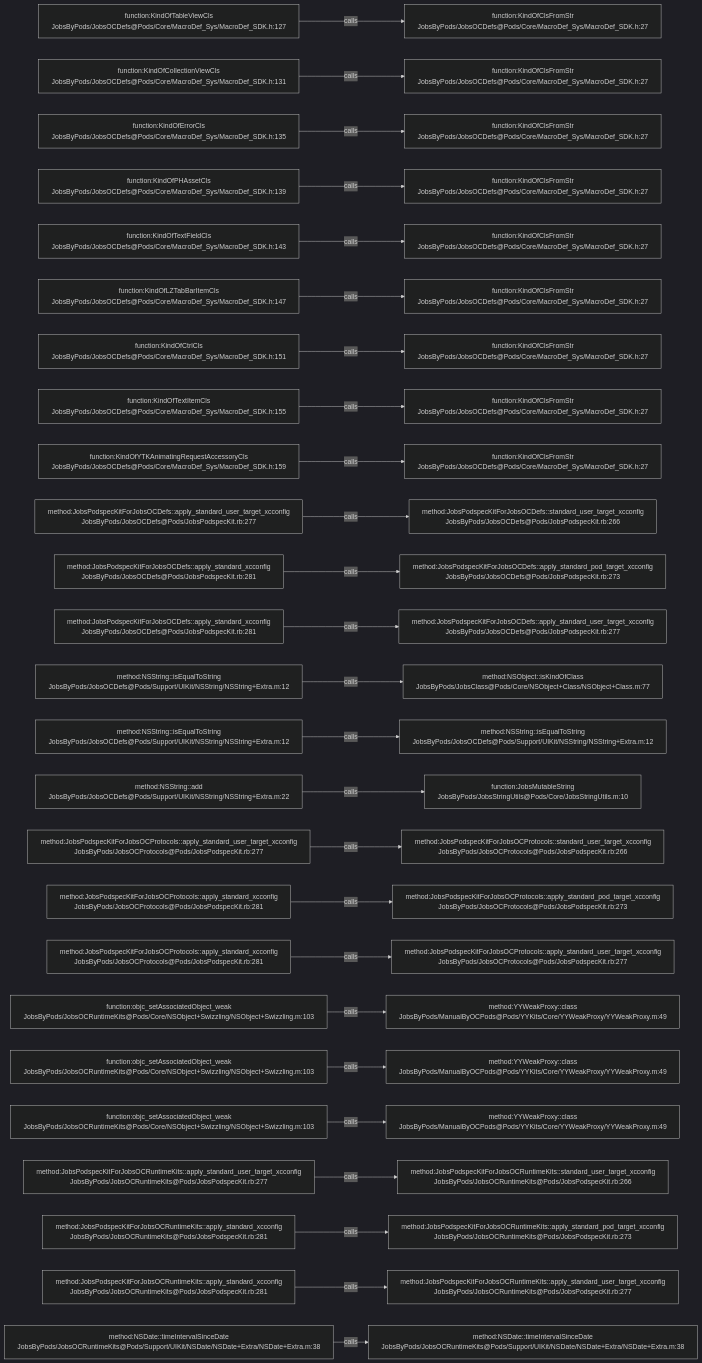
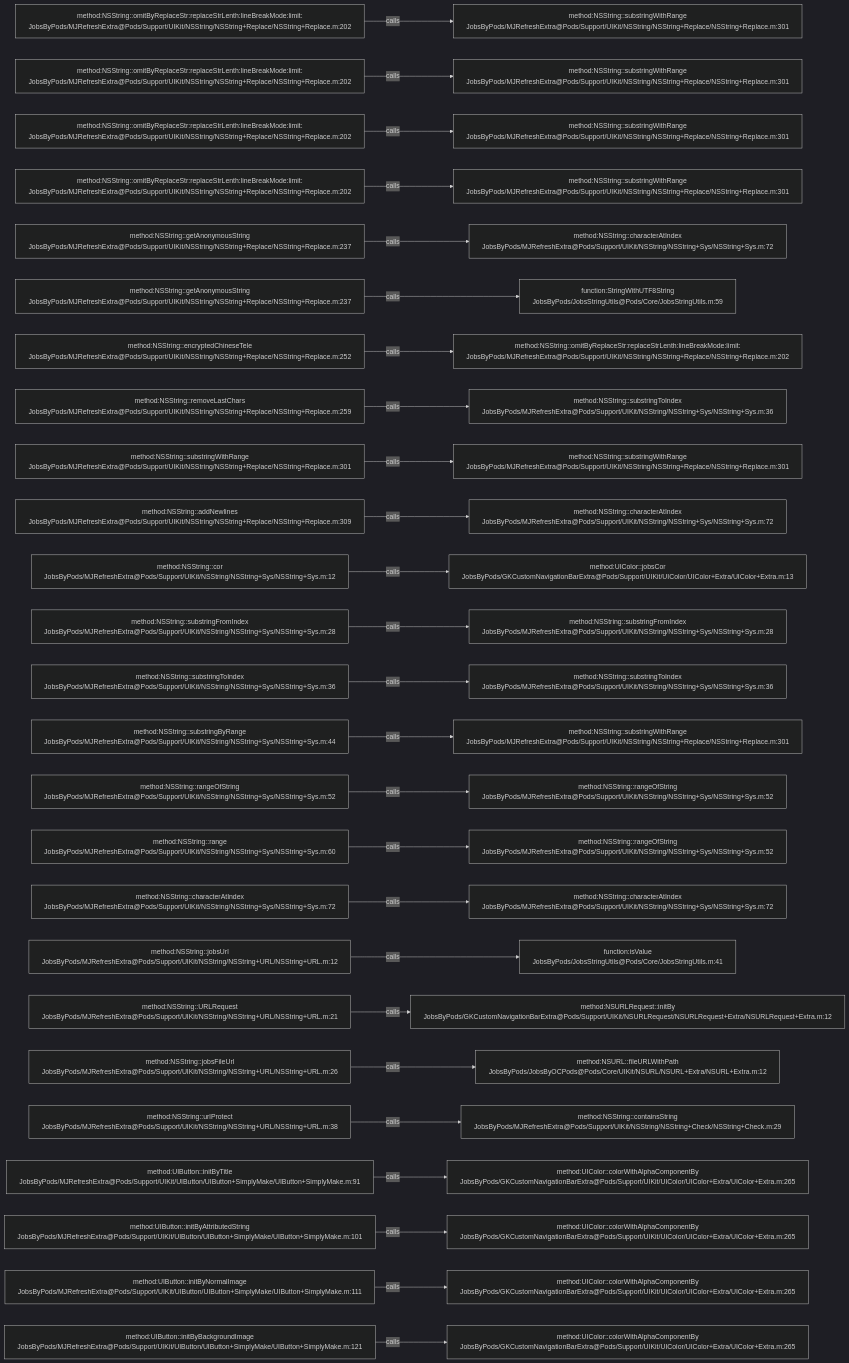
One commit to JobsKits/JobsOCBaseConfigDemo changed the diagram in .codegraph/codegraph.md/graphs/calls-179.md. Above: the diagram before and after it, drawn with Mermaid (dark theme). The commit also changed 1026 other files, not shown here.

````diff
--- a/.codegraph/codegraph.md/graphs/calls-179.md
+++ b/.codegraph/codegraph.md/graphs/calls-179.md
@@ -13,78 +13,78 @@
 ```mermaid
 flowchart LR
-  S1["function:KindOfTableViewCls<br/>JobsByPods/JobsOCDefs@Pods/Core/MacroDef_Sys/MacroDef_SDK.h:127"]
-  T1["function:KindOfClsFromStr<br/>JobsByPods/JobsOCDefs@Pods/Core/MacroDef_Sys/MacroDef_SDK.h:27"]
+  S1["method:NSString::omitByReplaceStr:replaceStrLenth:lineBreakMode:limit:<br/>JobsByPods/MJRefreshExtra@Pods/Support/UIKit/NSString/NSString+Replace/NSString+Replace.m:202"]
+  T1["method:NSString::substringWithRange<br/>JobsByPods/MJRefreshExtra@Pods/Support/UIKit/NSString/NSString+Replace/NSString+Replace.m:301"]
   S1 -->|calls| T1
-  S2["function:KindOfCollectionViewCls<br/>JobsByPods/JobsOCDefs@Pods/Core/MacroDef_Sys/MacroDef_SDK.h:131"]
-  T2["function:KindOfClsFromStr<br/>JobsByPods/JobsOCDefs@Pods/Core/MacroDef_Sys/MacroDef_SDK.h:27"]
+  S2["method:NSString::omitByReplaceStr:replaceStrLenth:lineBreakMode:limit:<br/>JobsByPods/MJRefreshExtra@Pods/Support/UIKit/NSString/NSString+Replace/NSString+Replace.m:202"]
+  T2["method:NSString::substringWithRange<br/>JobsByPods/MJRefreshExtra@Pods/Support/UIKit/NSString/NSString+Replace/NSString+Replace.m:301"]
   S2 -->|calls| T2
-  S3["function:KindOfErrorCls<br/>JobsByPods/JobsOCDefs@Pods/Core/MacroDef_Sys/MacroDef_SDK.h:135"]
-  T3["function:KindOfClsFromStr<br/>JobsByPods/JobsOCDefs@Pods/Core/MacroDef_Sys/MacroDef_SDK.h:27"]
+  S3["method:NSString::omitByReplaceStr:replaceStrLenth:lineBreakMode:limit:<br/>JobsByPods/MJRefreshExtra@Pods/Support/UIKit/NSString/NSString+Replace/NSString+Replace.m:202"]
+  T3["method:NSString::substringWithRange<br/>JobsByPods/MJRefreshExtra@Pods/Support/UIKit/NSString/NSString+Replace/NSString+Replace.m:301"]
   S3 -->|calls| T3
-  S4["function:KindOfPHAssetCls<br/>JobsByPods/JobsOCDefs@Pods/Core/MacroDef_Sys/MacroDef_SDK.h:139"]
-  T4["function:KindOfClsFromStr<br/>JobsByPods/JobsOCDefs@Pods/Core/MacroDef_Sys/MacroDef_SDK.h:27"]
+  S4["method:NSString::omitByReplaceStr:replaceStrLenth:lineBreakMode:limit:<br/>JobsByPods/MJRefreshExtra@Pods/Support/UIKit/NSString/NSString+Replace/NSString+Replace.m:202"]
+  T4["method:NSString::substringWithRange<br/>JobsByPods/MJRefreshExtra@Pods/Support/UIKit/NSString/NSString+Replace/NSString+Replace.m:301"]
   S4 -->|calls| T4
-  S5["function:KindOfTextFieldCls<br/>JobsByPods/JobsOCDefs@Pods/Core/MacroDef_Sys/MacroDef_SDK.h:143"]
-  T5["function:KindOfClsFromStr<br/>JobsByPods/JobsOCDefs@Pods/Core/MacroDef_Sys/MacroDef_SDK.h:27"]
+  S5["method:NSString::getAnonymousString<br/>JobsByPods/MJRefreshExtra@Pods/Support/UIKit/NSString/NSString+Replace/NSString+Replace.m:237"]
+  T5["method:NSString::characterAtIndex<br/>JobsByPods/MJRefreshExtra@Pods/Support/UIKit/NSString/NSString+Sys/NSString+Sys.m:72"]
   S5 -->|calls| T5
-  S6["function:KindOfLZTabBarItemCls<br/>JobsByPods/JobsOCDefs@Pods/Core/MacroDef_Sys/MacroDef_SDK.h:147"]
-  T6["function:KindOfClsFromStr<br/>JobsByPods/JobsOCDefs@Pods/Core/MacroDef_Sys/MacroDef_SDK.h:27"]
+  S6["method:NSString::getAnonymousString<br/>JobsByPods/MJRefreshExtra@Pods/Support/UIKit/NSString/NSString+Replace/NSString+Replace.m:237"]
+  T6["function:StringWithUTF8String<br/>JobsByPods/JobsStringUtils@Pods/Core/JobsStringUtils.m:59"]
   S6 -->|calls| T6
-  S7["function:KindOfCtrlCls<br/>JobsByPods/JobsOCDefs@Pods/Core/MacroDef_Sys/MacroDef_SDK.h:151"]
-  T7["function:KindOfClsFromStr<br/>JobsByPods/JobsOCDefs@Pods/Core/MacroDef_Sys/MacroDef_SDK.h:27"]
+  S7["method:NSString::encryptedChineseTele<br/>JobsByPods/MJRefreshExtra@Pods/Support/UIKit/NSString/NSString+Replace/NSString+Replace.m:252"]
+  T7["method:NSString::omitByReplaceStr:replaceStrLenth:lineBreakMode:limit:<br/>JobsByPods/MJRefreshExtra@Pods/Support/UIKit/NSString/NSString+Replace/NSString+Replace.m:202"]
   S7 -->|calls| T7
-  S8["function:KindOfTextItemCls<br/>JobsByPods/JobsOCDefs@Pods/Core/MacroDef_Sys/MacroDef_SDK.h:155"]
-  T8["function:KindOfClsFromStr<br/>JobsByPods/JobsOCDefs@Pods/Core/MacroDef_Sys/MacroDef_SDK.h:27"]
+  S8["method:NSString::removeLastChars<br/>JobsByPods/MJRefreshExtra@Pods/Support/UIKit/NSString/NSString+Replace/NSString+Replace.m:259"]
+  T8["method:NSString::substringToIndex<br/>JobsByPods/MJRefreshExtra@Pods/Support/UIKit/NSString/NSString+Sys/NSString+Sys.m:36"]
   S8 -->|calls| T8
-  S9["function:KindOfYTKAnimatingRequestAccessoryCls<br/>JobsByPods/JobsOCDefs@Pods/Core/MacroDef_Sys/MacroDef_SDK.h:159"]
-  T9["function:KindOfClsFromStr<br/>JobsByPods/JobsOCDefs@Pods/Core/MacroDef_Sys/MacroDef_SDK.h:27"]
+  S9["method:NSString::substringWithRange<br/>JobsByPods/MJRefreshExtra@Pods/Support/UIKit/NSString/NSString+Replace/NSString+Replace.m:301"]
+  T9["method:NSString::substringWithRange<br/>JobsByPods/MJRefreshExtra@Pods/Support/UIKit/NSString/NSString+Replace/NSString+Replace.m:301"]
   S9 -->|calls| T9
-  S10["method:JobsPodspecKitForJobsOCDefs::apply_standard_user_target_xcconfig<br/>JobsByPods/JobsOCDefs@Pods/JobsPodspecKit.rb:277"]
-  T10["method:JobsPodspecKitForJobsOCDefs::standard_user_target_xcconfig<br/>JobsByPods/JobsOCDefs@Pods/JobsPodspecKit.rb:266"]
+  S10["method:NSString::addNewlines<br/>JobsByPods/MJRefreshExtra@Pods/Support/UIKit/NSString/NSString+Replace/NSString+Replace.m:309"]
+  T10["method:NSString::characterAtIndex<br/>JobsByPods/MJRefreshExtra@Pods/Support/UIKit/NSString/NSString+Sys/NSString+Sys.m:72"]
   S10 -->|calls| T10
-  S11["method:JobsPodspecKitForJobsOCDefs::apply_standard_xcconfig<br/>JobsByPods/JobsOCDefs@Pods/JobsPodspecKit.rb:281"]
-  T11["method:JobsPodspecKitForJobsOCDefs::apply_standard_pod_target_xcconfig<br/>JobsByPods/JobsOCDefs@Pods/JobsPodspecKit.rb:273"]
+  S11["method:NSString::cor<br/>JobsByPods/MJRefreshExtra@Pods/Support/UIKit/NSString/NSString+Sys/NSString+Sys.m:12"]
+  T11["method:UIColor::jobsCor<br/>JobsByPods/GKCustomNavigationBarExtra@Pods/Support/UIKit/UIColor/UIColor+Extra/UIColor+Extra.m:13"]
   S11 -->|calls| T11
-  S12["method:JobsPodspecKitForJobsOCDefs::apply_standard_xcconfig<br/>JobsByPods/JobsOCDefs@Pods/JobsPodspecKit.rb:281"]
-  T12["method:JobsPodspecKitForJobsOCDefs::apply_standard_user_target_xcconfig<br/>JobsByPods/JobsOCDefs@Pods/JobsPodspecKit.rb:277"]
+  S12["method:NSString::substringFromIndex<br/>JobsByPods/MJRefreshExtra@Pods/Support/UIKit/NSString/NSString+Sys/NSString+Sys.m:28"]
+  T12["method:NSString::substringFromIndex<br/>JobsByPods/MJRefreshExtra@Pods/Support/UIKit/NSString/NSString+Sys/NSString+Sys.m:28"]
   S12 -->|calls| T12
-  S13["method:NSString::isEqualToString<br/>JobsByPods/JobsOCDefs@Pods/Support/UIKit/NSString/NSString+Extra.m:12"]
-  T13["method:NSObject::isKindOfClass<br/>JobsByPods/JobsClass@Pods/Core/NSObject+Class/NSObject+Class.m:77"]
+  S13["method:NSString::substringToIndex<br/>JobsByPods/MJRefreshExtra@Pods/Support/UIKit/NSString/NSString+Sys/NSString+Sys.m:36"]
+  T13["method:NSString::substringToIndex<br/>JobsByPods/MJRefreshExtra@Pods/Support/UIKit/NSString/NSString+Sys/NSString+Sys.m:36"]
   S13 -->|calls| T13
-  S14["method:NSString::isEqualToString<br/>JobsByPods/JobsOCDefs@Pods/Support/UIKit/NSString/NSString+Extra.m:12"]
-  T14["method:NSString::isEqualToString<br/>JobsByPods/JobsOCDefs@Pods/Support/UIKit/NSString/NSString+Extra.m:12"]
+  S14["method:NSString::substringByRange<br/>JobsByPods/MJRefreshExtra@Pods/Support/UIKit/NSString/NSString+Sys/NSString+Sys.m:44"]
+  T14["method:NSString::substringWithRange<br/>JobsByPods/MJRefreshExtra@Pods/Support/UIKit/NSString/NSString+Replace/NSString+Replace.m:301"]
   S14 -->|calls| T14
-  S15["method:NSString::add<br/>JobsByPods/JobsOCDefs@Pods/Support/UIKit/NSString/NSString+Extra.m:22"]
-  T15["function:JobsMutableString<br/>JobsByPods/JobsStringUtils@Pods/Core/JobsStringUtils.m:10"]
+  S15["method:NSString::rangeOfString<br/>JobsByPods/MJRefreshExtra@Pods/Support/UIKit/NSString/NSString+Sys/NSString+Sys.m:52"]
+  T15["method:NSString::rangeOfString<br/>JobsByPods/MJRefreshExtra@Pods/Support/UIKit/NSString/NSString+Sys/NSString+Sys.m:52"]
   S15 -->|calls| T15
-  S16["method:JobsPodspecKitForJobsOCProtocols::apply_standard_user_target_xcconfig<br/>JobsByPods/JobsOCProtocols@Pods/JobsPodspecKit.rb:277"]
-  T16["method:JobsPodspecKitForJobsOCProtocols::standard_user_target_xcconfig<br/>JobsByPods/JobsOCProtocols@Pods/JobsPodspecKit.rb:266"]
+  S16["method:NSString::range<br/>JobsByPods/MJRefreshExtra@Pods/Support/UIKit/NSString/NSString+Sys/NSString+Sys.m:60"]
+  T16["method:NSString::rangeOfString<br/>JobsByPods/MJRefreshExtra@Pods/Support/UIKit/NSString/NSString+Sys/NSString+Sys.m:52"]
   S16 -->|calls| T16
-  S17["method:JobsPodspecKitForJobsOCProtocols::apply_standard_xcconfig<br/>JobsByPods/JobsOCProtocols@Pods/JobsPodspecKit.rb:281"]
-  T17["method:JobsPodspecKitForJobsOCProtocols::apply_standard_pod_target_xcconfig<br/>JobsByPods/JobsOCProtocols@Pods/JobsPodspecKit.rb:273"]
+  S17["method:NSString::characterAtIndex<br/>JobsByPods/MJRefreshExtra@Pods/Support/UIKit/NSString/NSString+Sys/NSString+Sys.m:72"]
+  T17["method:NSString::characterAtIndex<br/>JobsByPods/MJRefreshExtra@Pods/Support/UIKit/NSString/NSString+Sys/NSString+Sys.m:72"]
   S17 -->|calls| T17
-  S18["method:JobsPodspecKitForJobsOCProtocols::apply_standard_xcconfig<br/>JobsByPods/JobsOCProtocols@Pods/JobsPodspecKit.rb:281"]
-  T18["method:JobsPodspecKitForJobsOCProtocols::apply_standard_user_target_xcconfig<br/>JobsByPods/JobsOCProtocols@Pods/JobsPodspecKit.rb:277"]
+  S18["method:NSString::jobsUrl<br/>JobsByPods/MJRefreshExtra@Pods/Support/UIKit/NSString/NSString+URL/NSString+URL.m:12"]
+  T18["function:isValue<br/>JobsByPods/JobsStringUtils@Pods/Core/JobsStringUtils.m:41"]
   S18 -->|calls| T18
-  S19["function:objc_setAssociatedObject_weak<br/>JobsByPods/JobsOCRuntimeKits@Pods/Core/NSObject+Swizzling/NSObject+Swizzling.m:103"]
-  T19["method:YYWeakProxy::class<br/>JobsByPods/ManualByOCPods@Pods/YYKits/Core/YYWeakProxy/YYWeakProxy.m:49"]
+  S19["method:NSString::URLRequest<br/>JobsByPods/MJRefreshExtra@Pods/Support/UIKit/NSString/NSString+URL/NSString+URL.m:21"]
+  T19["method:NSURLRequest::initBy<br/>JobsByPods/GKCustomNavigationBarExtra@Pods/Support/UIKit/NSURLRequest/NSURLRequest+Extra/NSURLRequest+Extra.m:12"]
   S19 -->|calls| T19
-  S20["function:objc_setAssociatedObject_weak<br/>JobsByPods/JobsOCRuntimeKits@Pods/Core/NSObject+Swizzling/NSObject+Swizzling.m:103"]
-  T20["method:YYWeakProxy::class<br/>JobsByPods/ManualByOCPods@Pods/YYKits/Core/YYWeakProxy/YYWeakProxy.m:49"]
+  S20["method:NSString::jobsFileUrl<br/>JobsByPods/MJRefreshExtra@Pods/Support/UIKit/NSString/NSString+URL/NSString+URL.m:26"]
+  T20["method:NSURL::fileURLWithPath<br/>JobsByPods/JobsByOCPods@Pods/Core/UIKit/NSURL/NSURL+Extra/NSURL+Extra.m:12"]
   S20 -->|calls| T20
-  S21["function:objc_setAssociatedObject_weak<br/>JobsByPods/JobsOCRuntimeKits@Pods/Core/NSObject+Swizzling/NSObject+Swizzling.m:103"]
-  T21["method:YYWeakProxy::class<br/>JobsByPods/ManualByOCPods@Pods/YYKits/Core/YYWeakProxy/YYWeakProxy.m:49"]
+  S21["method:NSString::urlProtect<br/>JobsByPods/MJRefreshExtra@Pods/Support/UIKit/NSString/NSString+URL/NSString+URL.m:38"]
+  T21["method:NSString::containsString<br/>JobsByPods/MJRefreshExtra@Pods/Support/UIKit/NSString/NSString+Check/NSString+Check.m:29"]
   S21 -->|calls| T21
-  S22["method:JobsPodspecKitForJobsOCRuntimeKits::apply_standard_user_target_xcconfig<br/>JobsByPods/JobsOCRuntimeKits@Pods/JobsPodspecKit.rb:277"]
-  T22["method:JobsPodspecKitForJobsOCRuntimeKits::standard_user_target_xcconfig<br/>JobsByPods/JobsOCRuntimeKits@Pods/JobsPodspecKit.rb:266"]
+  S22["method:UIButton::initByTitle<br/>JobsByPods/MJRefreshExtra@Pods/Support/UIKit/UIButton/UIButton+SimplyMake/UIButton+SimplyMake.m:91"]
+  T22["method:UIColor::colorWithAlphaComponentBy<br/>JobsByPods/GKCustomNavigationBarExtra@Pods/Support/UIKit/UIColor/UIColor+Extra/UIColor+Extra.m:265"]
   S22 -->|calls| T22
-  S23["method:JobsPodspecKitForJobsOCRuntimeKits::apply_standard_xcconfig<br/>JobsByPods/JobsOCRuntimeKits@Pods/JobsPodspecKit.rb:281"]
-  T23["method:JobsPodspecKitForJobsOCRuntimeKits::apply_standard_pod_target_xcconfig<br/>JobsByPods/JobsOCRuntimeKits@Pods/JobsPodspecKit.rb:273"]
+  S23["method:UIButton::initByAttributedString<br/>JobsByPods/MJRefreshExtra@Pods/Support/UIKit/UIButton/UIButton+SimplyMake/UIButton+SimplyMake.m:101"]
+  T23["method:UIColor::colorWithAlphaComponentBy<br/>JobsByPods/GKCustomNavigationBarExtra@Pods/Support/UIKit/UIColor/UIColor+Extra/UIColor+Extra.m:265"]
   S23 -->|calls| T23
-  S24["method:JobsPodspecKitForJobsOCRuntimeKits::apply_standard_xcconfig<br/>JobsByPods/JobsOCRuntimeKits@Pods/JobsPodspecKit.rb:281"]
-  T24["method:JobsPodspecKitForJobsOCRuntimeKits::apply_standard_user_target_xcconfig<br/>JobsByPods/JobsOCRuntimeKits@Pods/JobsPodspecKit.rb:277"]
+  S24["method:UIButton::initByNormalImage<br/>JobsByPods/MJRefreshExtra@Pods/Support/UIKit/UIButton/UIButton+SimplyMake/UIButton+SimplyMake.m:111"]
+  T24["method:UIColor::colorWithAlphaComponentBy<br/>JobsByPods/GKCustomNavigationBarExtra@Pods/Support/UIKit/UIColor/UIColor+Extra/UIColor+Extra.m:265"]
   S24 -->|calls| T24
-  S25["method:NSDate::timeIntervalSinceDate<br/>JobsByPods/JobsOCRuntimeKits@Pods/Support/UIKit/NSDate/NSDate+Extra/NSDate+Extra.m:38"]
-  T25["method:NSDate::timeIntervalSinceDate<br/>JobsByPods/JobsOCRuntimeKits@Pods/Support/UIKit/NSDate/NSDate+Extra/NSDate+Extra.m:38"]
+  S25["method:UIButton::initByBackgroundImage<br/>JobsByPods/MJRefreshExtra@Pods/Support/UIKit/UIButton/UIButton+SimplyMake/UIButton+SimplyMake.m:121"]
+  T25["method:UIColor::colorWithAlphaComponentBy<br/>JobsByPods/GKCustomNavigationBarExtra@Pods/Support/UIKit/UIColor/UIColor+Extra/UIColor+Extra.m:265"]
   S25 -->|calls| T25
 ```
````
